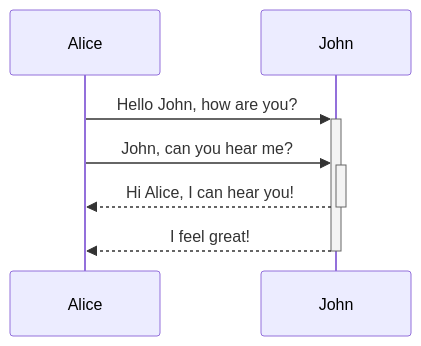
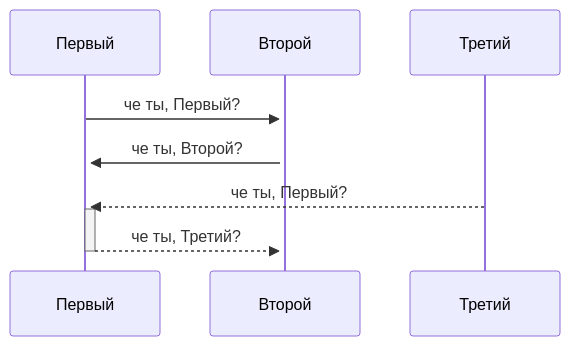
Before and after one commit to Jiviei/Wysiwyg: the diagram in vse-elementy/_index.mermaid, drawn with Mermaid. The commit also changed 3 other files, not shown here.

```diff
--- a/vse-elementy/_index.mermaid
+++ b/vse-elementy/_index.mermaid
@@ -1,5 +1,5 @@
 sequenceDiagram
-	Alice->>+John: Hello John, how are you?
-	Alice->>+John: John, can you hear me?
-	John-->>-Alice: Hi Alice, I can hear you!
-	John-->>-Alice: I feel great!
+	Первый->>+Второй: че ты, Первый?
+	Второй->>+Первый: че ты, Второй?
+	Третий-->>+Первый: че ты, Первый?
+	Первый-->>-Второй: че ты, Третий?
```
